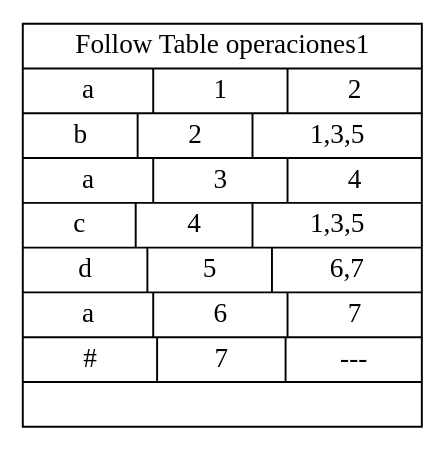
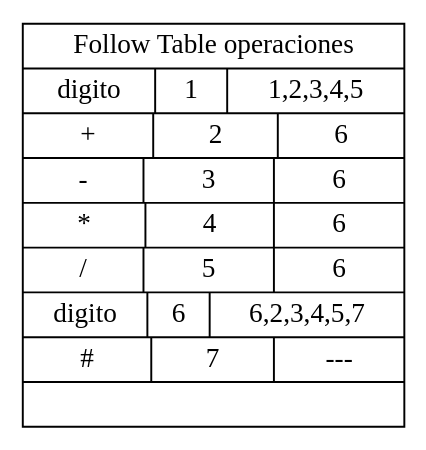
One commit to elJuanjoRamos/OLC1_Practica1 changed the diagram in table.dot. Above: the diagram before and after it, drawn with Graphviz. The commit also changed 47 other files, not shown here.

```diff
--- a/table.dot
+++ b/table.dot
@@ -1,5 +1,5 @@
 digraph grafica{
 rankdir=TB;
 node [shape = record, style=filled, fillcolor=white];
-nodo0 [ label ="{ Follow Table operaciones1|{ a |<here> 1|2}|{ b |<here> 2|1,3,5}|{ a |<here> 3|4}|{ c |<here> 4|1,3,5}|{ d |<here> 5|6,7}|{ a |<here> 6|7}|{#|<here> 7|---}|}"];
+nodo2 [ label ="{ Follow Table operaciones|{digito|<here> 1|1,2,3,4,5}|{ + |<here> 2|6}|{ - |<here> 3|6}|{ * |<here> 4|6}|{ / |<here> 5|6}|{digito|<here> 6|6,2,3,4,5,7}|{#|<here> 7|---}|}"];
 }
```
